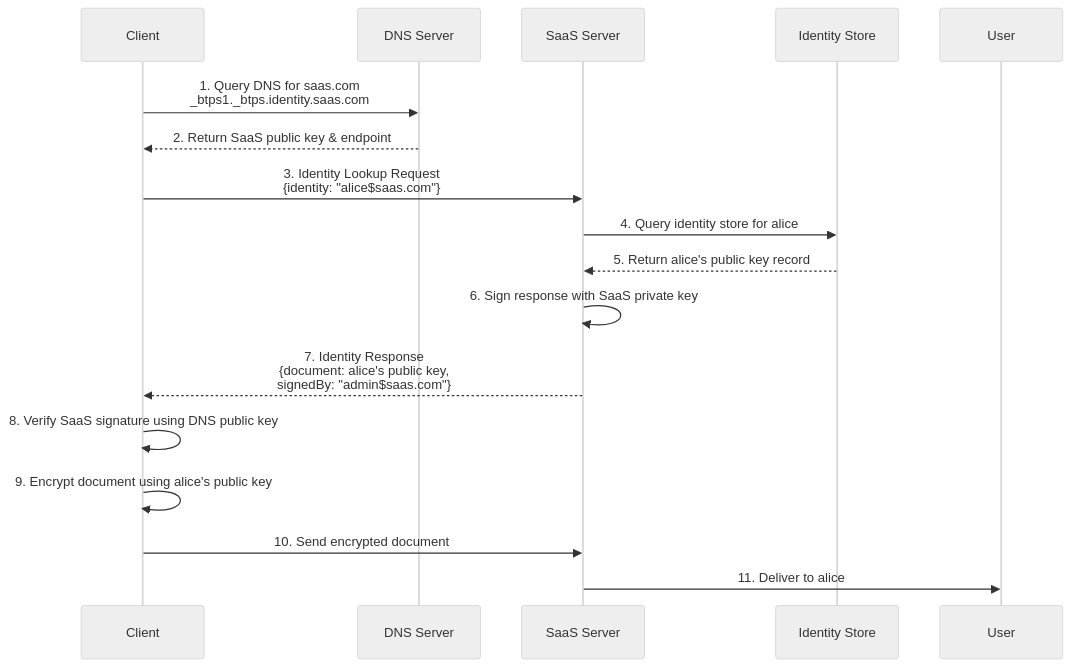
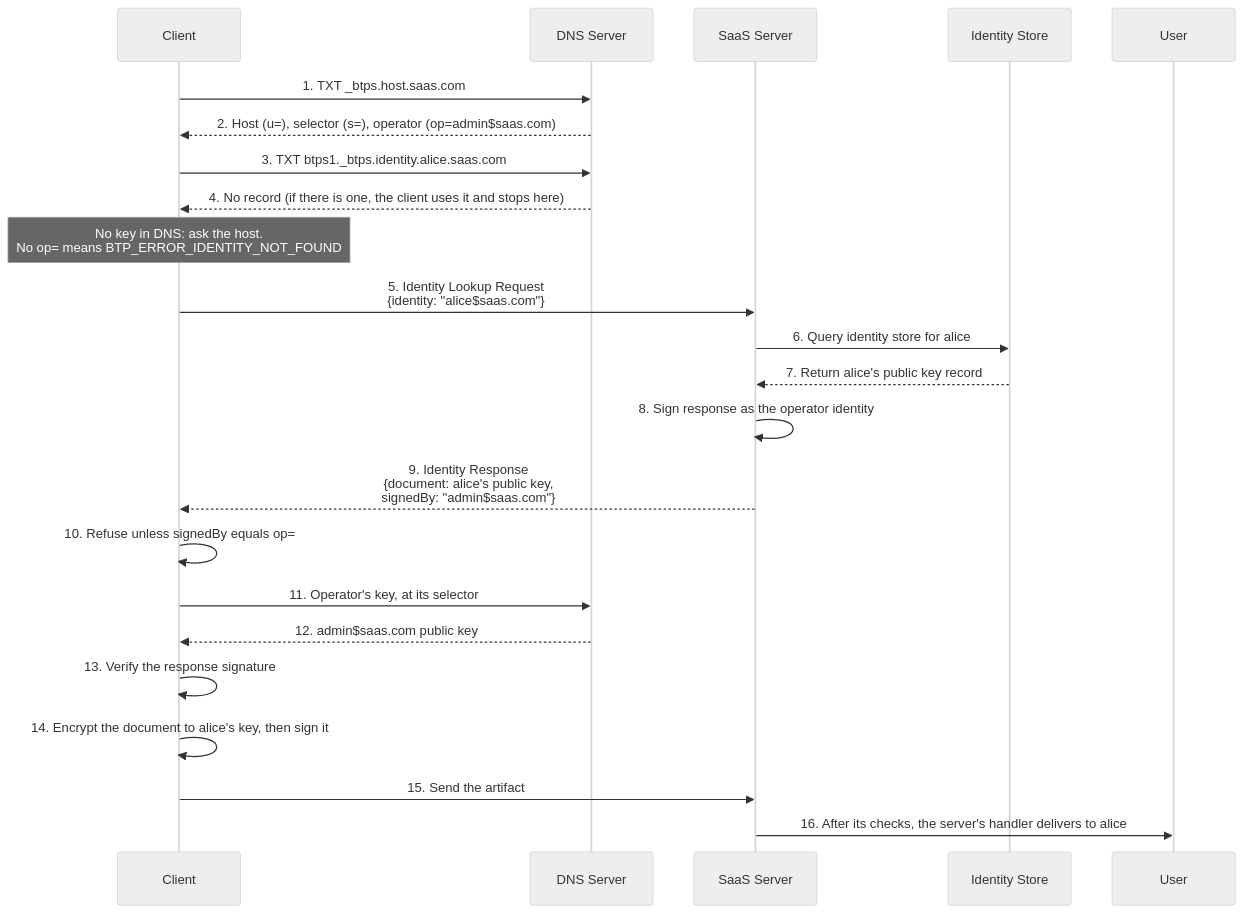
Before and after one commit to openbtps/btps-node: the diagram in docs/docusaurus/docs/getting-started/server/identityLookupSupport.md, drawn with Mermaid (neutral theme). The commit also changed other lines of this file and 26 other files, not shown here.

First line of the commit message:
Docs: bring every diagram in line with 1.1

````diff
--- a/docs/docusaurus/docs/getting-started/server/identityLookupSupport.md
+++ b/docs/docusaurus/docs/getting-started/server/identityLookupSupport.md
@@ -164,22 +164,28 @@
 ```mermaid
 sequenceDiagram
     participant C as Client
     participant DNS as DNS Server
     participant S as SaaS Server
     participant IS as Identity Store
     participant U as User
 
-    C->>DNS: 1. Query DNS for saas.com<br/>_btps1._btps.identity.saas.com
-    DNS-->>C: 2. Return SaaS public key & endpoint
+    C->>DNS: 1. TXT _btps.host.saas.com
+    DNS-->>C: 2. Host (u=), selector (s=), operator (op=admin$saas.com)
+    C->>DNS: 3. TXT btps1._btps.identity.alice.saas.com
+    DNS-->>C: 4. No record (if there is one, the client uses it and stops here)
 
-    C->>S: 3. Identity Lookup Request<br/>{identity: "alice$saas.com"}
-    S->>IS: 4. Query identity store for alice
-    IS-->>S: 5. Return alice's public key record
-    S->>S: 6. Sign response with SaaS private key
-    S-->>C: 7. Identity Response<br/>{document: alice's public key,<br/>signedBy: "admin$saas.com"}
+    Note over C: No key in DNS: ask the host.<br/>No op= means BTP_ERROR_IDENTITY_NOT_FOUND
+    C->>S: 5. Identity Lookup Request<br/>{identity: "alice$saas.com"}
+    S->>IS: 6. Query identity store for alice
+    IS-->>S: 7. Return alice's public key record
+    S->>S: 8. Sign response as the operator identity
+    S-->>C: 9. Identity Response<br/>{document: alice's public key,<br/>signedBy: "admin$saas.com"}
 
-    C->>C: 8. Verify SaaS signature using DNS public key
-    C->>C: 9. Encrypt document using alice's public key
-    C->>S: 10. Send encrypted document
-    S->>U: 11. Deliver to alice
+    C->>C: 10. Refuse unless signedBy equals op=
+    C->>DNS: 11. Operator's key, at its selector
+    DNS-->>C: 12. admin$saas.com public key
+    C->>C: 13. Verify the response signature
+    C->>C: 14. Encrypt the document to alice's key, then sign it
+    C->>S: 15. Send the artifact
+    S->>U: 16. After its checks, the server's handler delivers to alice
 ```
````
